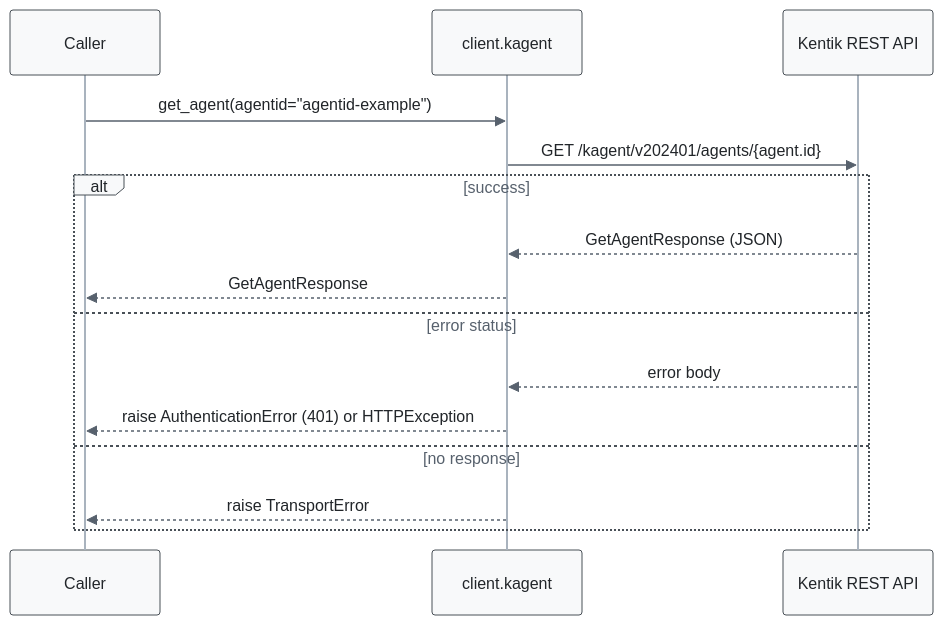
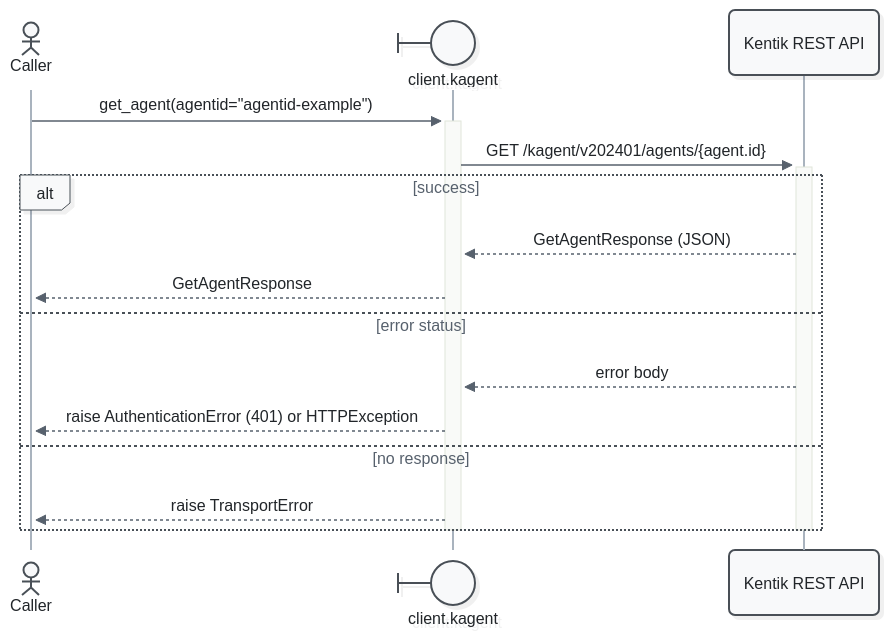
The ninth of 57 diagrams in docs/sphinx/services/kagent.md (alexdearaujo/community_sdk_python), drawn with Mermaid before and after one commit. The commit also changed other lines of this file and 52 other files, not shown here.

First line of the commit message:
docs: Mermaid 12 sequence diagrams with participant types and path colors

````diff
--- a/docs/sphinx/services/kagent.md
+++ b/docs/sphinx/services/kagent.md
@@ -350,19 +370,21 @@
 ```mermaid
-%%{init: {"theme": "base", "fontFamily": "ui-monospace, SFMono-Regular, Menlo, monospace", "themeVariables": {"fontFamily": "ui-monospace, SFMono-Regular, Menlo, monospace", "primaryColor": "#f8f9fa", "primaryBorderColor": "#495057", "primaryTextColor": "#212529", "textColor": "#212529", "lineColor": "#77818c", "edgeLabelBackground": "#ffffff", "actorBkg": "#f8f9fa", "actorBorder": "#495057", "actorTextColor": "#212529", "actorLineColor": "#a9b3be", "signalColor": "#57616d", "signalTextColor": "#212529", "labelBoxBkgColor": "#f8f9fa", "labelBoxBorderColor": "#495057", "labelTextColor": "#212529", "loopTextColor": "#57616d", "noteBkgColor": "#fff9db", "noteBorderColor": "#f08c00", "noteTextColor": "#a35a00"}, "flowchart": {"curve": "step", "nodeSpacing": 30, "rankSpacing": 70, "wrappingWidth": 400}}}%%
+%%{init: {"theme": "redux", "look": "neo", "layout": "dagre", "fontFamily": "ui-monospace, SFMono-Regular, Menlo, monospace", "themeVariables": {"fontFamily": "ui-monospace, SFMono-Regular, Menlo, monospace", "primaryColor": "#f8f9fa", "primaryBorderColor": "#495057", "primaryTextColor": "#212529", "textColor": "#212529", "lineColor": "#77818c", "edgeLabelBackground": "#ffffff", "actorBkg": "#f8f9fa", "actorBorder": "#495057", "actorTextColor": "#212529", "actorLineColor": "#a9b3be", "signalColor": "#57616d", "signalTextColor": "#212529", "labelBoxBkgColor": "#f8f9fa", "labelBoxBorderColor": "#495057", "labelTextColor": "#212529", "loopTextColor": "#57616d", "noteBkgColor": "#fff9db", "noteBorderColor": "#f08c00", "noteTextColor": "#a35a00"}, "sequence": {"activationWidth": 16}, "flowchart": {"curve": "step", "nodeSpacing": 30, "rankSpacing": 70, "wrappingWidth": 400}}}%%
 sequenceDiagram
-    participant C as Caller
-    participant W as client.kagent
+    actor C as Caller
+    participant W@{ "type": "boundary" } as client.kagent
     participant API as Kentik REST API
 
-    C->>W: get_agent(agentid="agentid-example")
-    W->>API: GET /kagent/v202401/agents/{agent.id}
+    C->>+W: get_agent(agentid="agentid-example")
+    W->>+API: GET /kagent/v202401/agents/{agent.id}
     alt success
         API-->>W: GetAgentResponse (JSON)
         W-->>C: GetAgentResponse
     else error status
         API-->>W: error body
         W-->>C: raise AuthenticationError (401) or HTTPException
     else no response
         W-->>C: raise TransportError
     end
+    deactivate API
+    deactivate W
 ```
````
